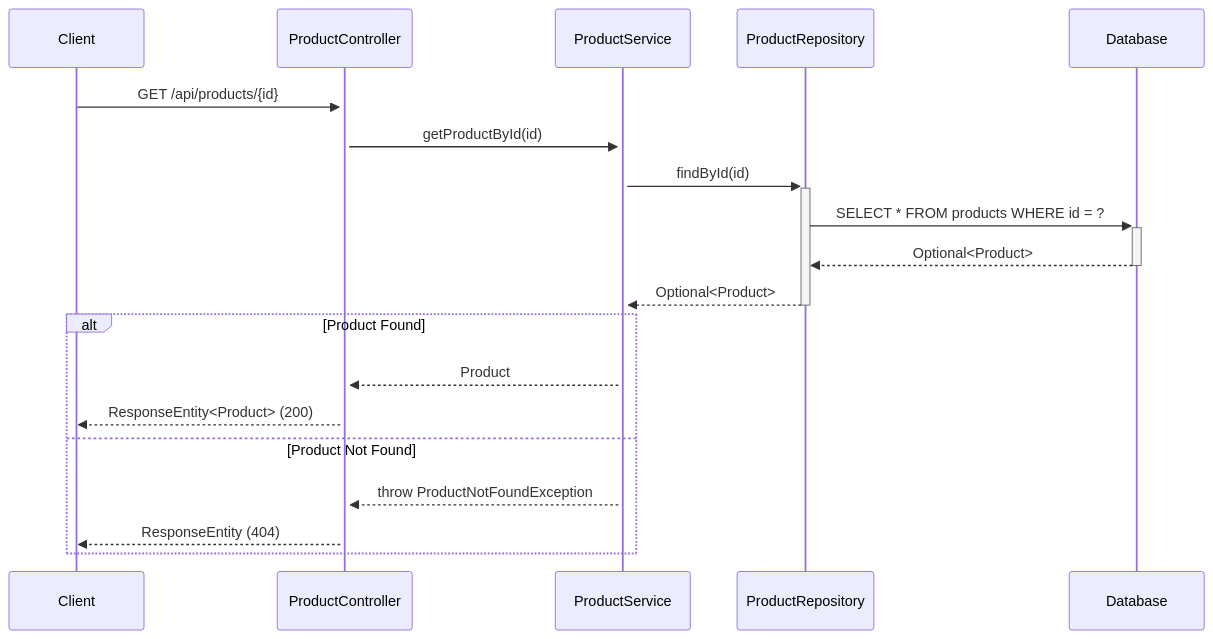
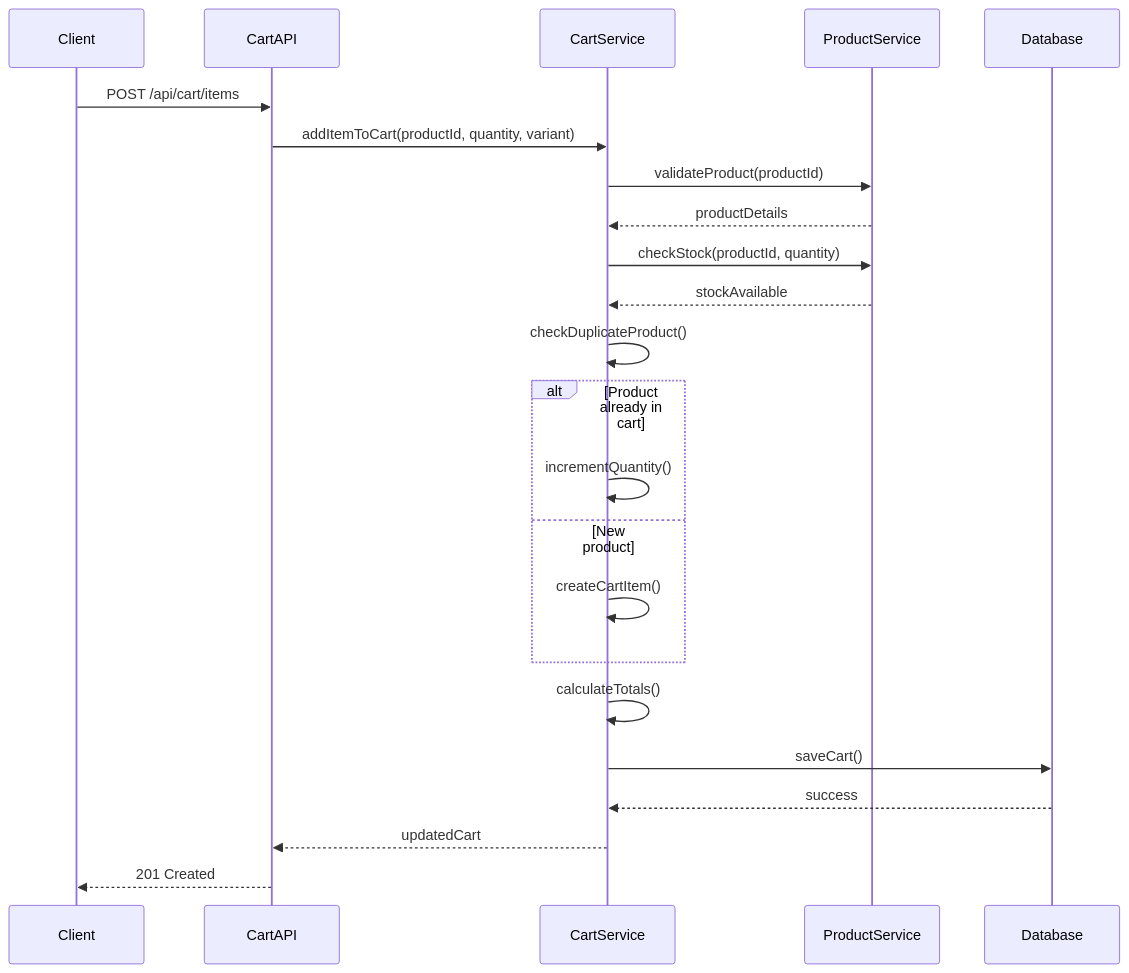
One commit to NavneetBN47/aava-ecom-demo changed the fourth of 8 diagrams in docs/LLD/lld.md. Above: the diagram before and after it, drawn with Mermaid. The commit also changed other lines of this file, not shown here.

````diff
--- a/docs/LLD/lld.md
+++ b/docs/LLD/lld.md
@@ -121,23 +359,26 @@
 ```mermaid
 sequenceDiagram
     participant Client
-    participant ProductController
+    participant CartAPI
+    participant CartService
     participant ProductService
-    participant ProductRepository
     participant Database
     
-    Client->>+ProductController: GET /api/products/{id}
-    ProductController->>+ProductService: getProductById(id)
-    ProductService->>+ProductRepository: findById(id)
-    ProductRepository->>+Database: SELECT * FROM products WHERE id = ?
-    Database-->>-ProductRepository: Optional<Product>
-    ProductRepository-->>-ProductService: Optional<Product>
-    
-    alt Product Found
-        ProductService-->>ProductController: Product
-        ProductController-->>Client: ResponseEntity<Product> (200)
-    else Product Not Found
-        ProductService-->>ProductController: throw ProductNotFoundException
-        ProductController-->>Client: ResponseEntity (404)
+    Client->>CartAPI: POST /api/cart/items
+    CartAPI->>CartService: addItemToCart(productId, quantity, variant)
+    CartService->>ProductService: validateProduct(productId)
+    ProductService-->>CartService: productDetails
+    CartService->>ProductService: checkStock(productId, quantity)
+    ProductService-->>CartService: stockAvailable
+    CartService->>CartService: checkDuplicateProduct()
+    alt Product already in cart
+        CartService->>CartService: incrementQuantity()
+    else New product
+        CartService->>CartService: createCartItem()
     end
+    CartService->>CartService: calculateTotals()
+    CartService->>Database: saveCart()
+    Database-->>CartService: success
+    CartService-->>CartAPI: updatedCart
+    CartAPI-->>Client: 201 Created
 ```
````
